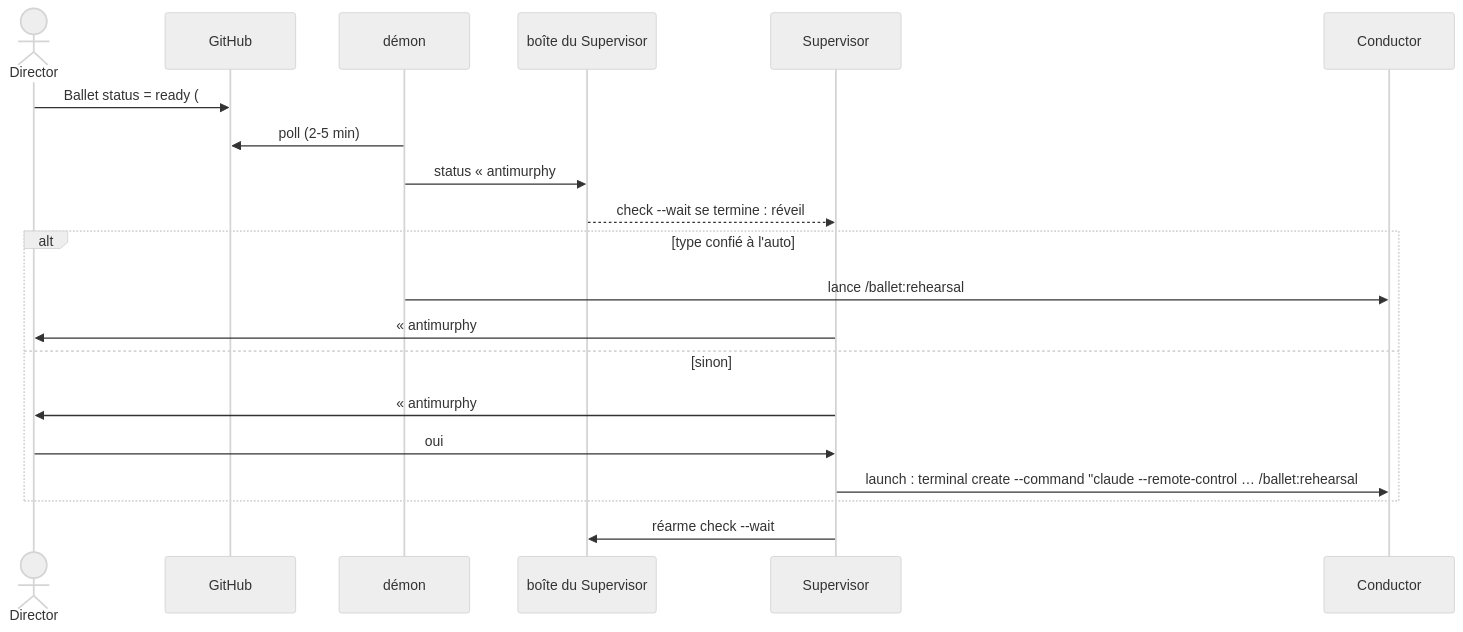
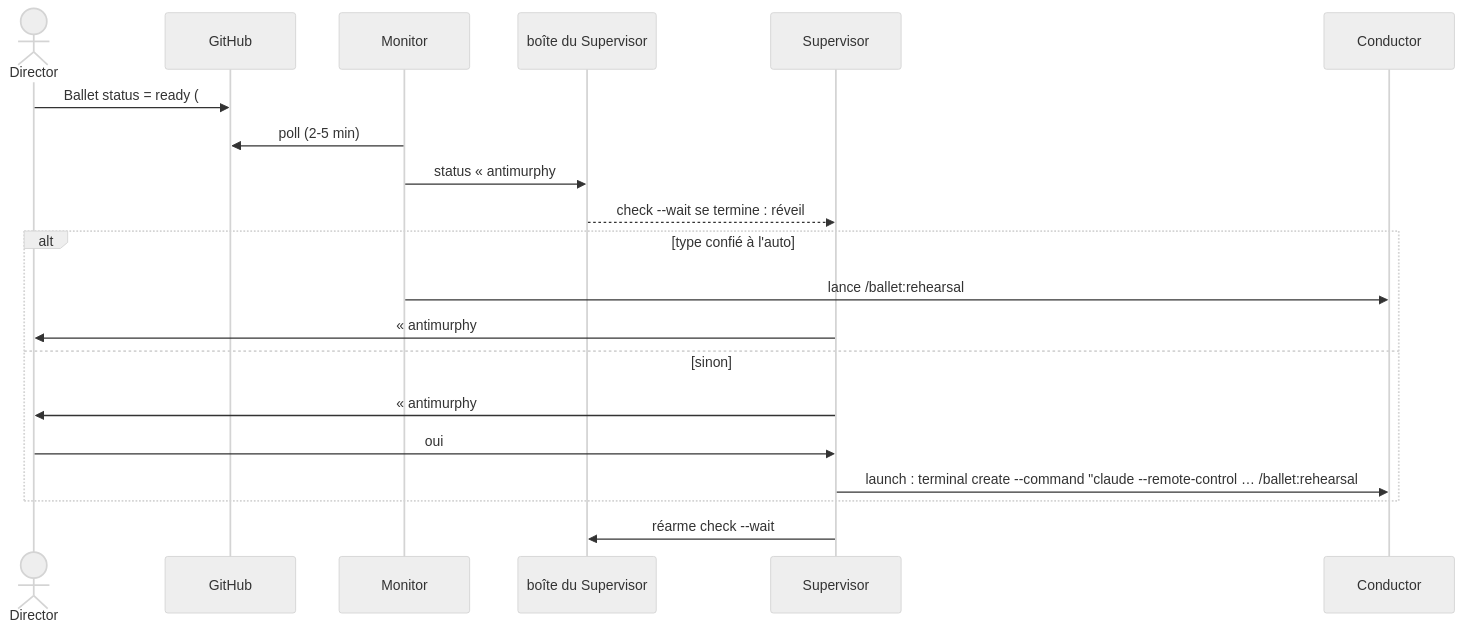
Before and after one commit to bdridi/ballet: the second of 3 diagrams in docs/spikes/0001-superviseur-boite-orca.md, drawn with Mermaid (neutral theme). The commit also changed other lines of this file and 1 other file, not shown here.

Commit message:
docs: spike 0001 et OPP-02 — distinguer le Monitor (surveille et lance, ballet_monitor.py) du Supervisor (parle au Director)

````diff
--- a/docs/spikes/0001-superviseur-boite-orca.md
+++ b/docs/spikes/0001-superviseur-boite-orca.md
@@ -140,23 +153,23 @@
 ```mermaid
 sequenceDiagram
     actor D as Director
     participant GH as GitHub
-    participant DM as démon
+    participant DM as Monitor
     participant B as boîte du Supervisor
     participant S as Supervisor
     participant C as Conductor
 
     D->>GH: Ballet status = ready (#60)
     DM->>GH: poll (2-5 min)
     DM->>B: status « antimurphy#60 · ready »
     B-->>S: check --wait se termine : réveil
     alt type confié à l'auto
         DM->>C: lance /ballet:rehearsal #60
         S->>D: « antimurphy #60 est partie en Rehearsal »
     else sinon
         S->>D: « antimurphy #60 est prête, je lance ? »
         D->>S: oui
         S->>C: launch : terminal create --command "claude --remote-control … /ballet:rehearsal #60"
     end
     S->>B: réarme check --wait
 ```
````
